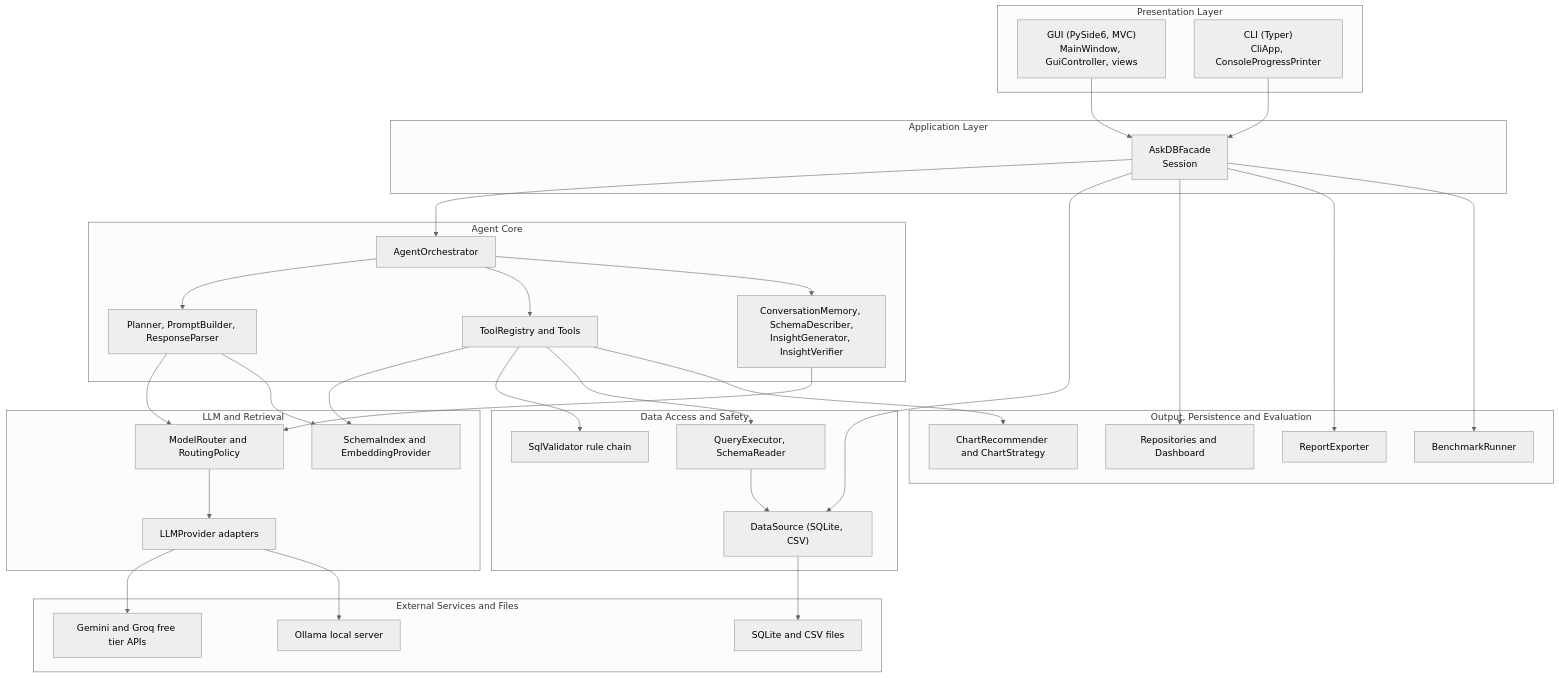
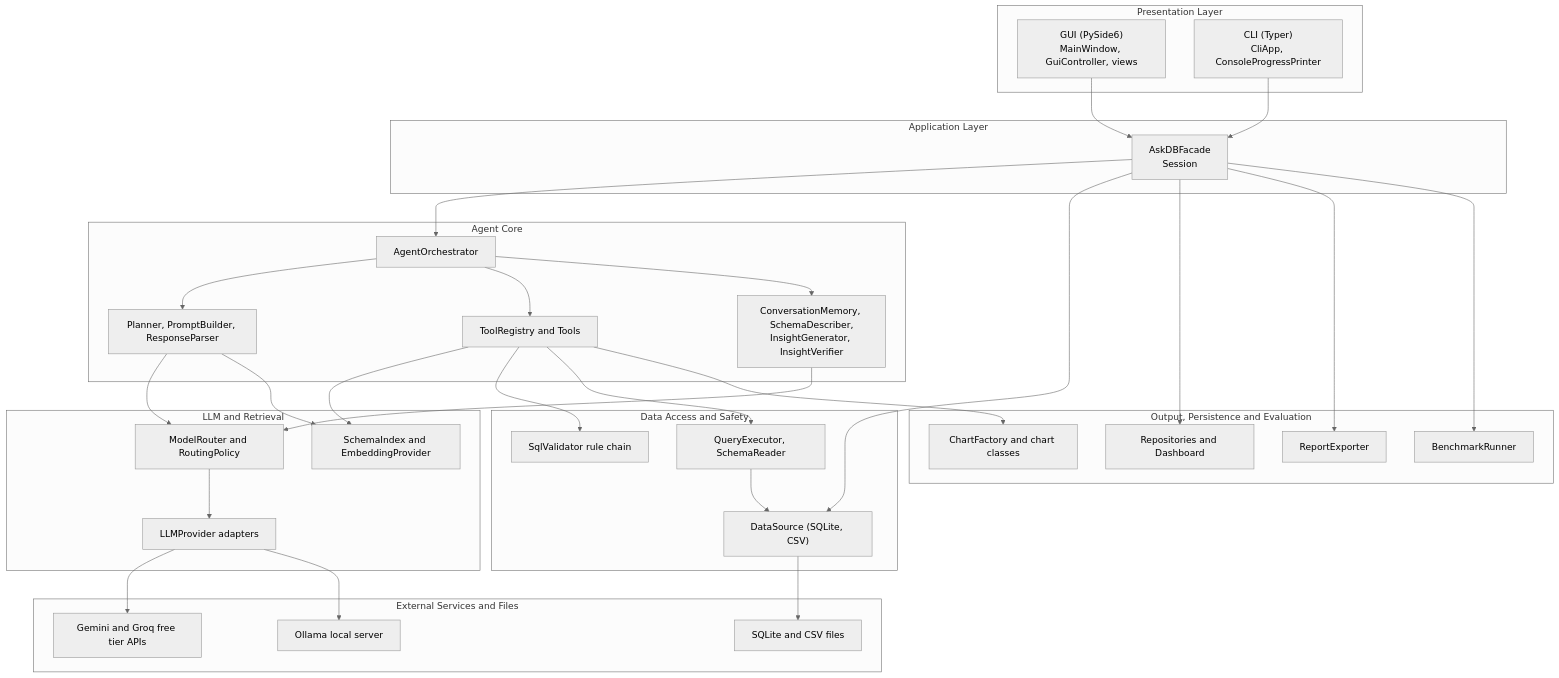
The first of 17 diagrams in docs/Stage1_Design_Report.md (krishi-shah/eecs3311-askdb), drawn with Mermaid (neutral theme) before and after one commit. The commit also changed other lines of this file, not shown here.

````diff
--- a/docs/Stage1_Design_Report.md
+++ b/docs/Stage1_Design_Report.md
@@ -92,59 +92,59 @@
 ```mermaid
 flowchart TB
     subgraph P["Presentation Layer"]
-        GUI["GUI (PySide6, MVC)<br/>MainWindow, GuiController, views"]
+        GUI["GUI (PySide6)<br/>MainWindow, GuiController, views"]
         CLI["CLI (Typer)<br/>CliApp, ConsoleProgressPrinter"]
     end
     subgraph A["Application Layer"]
         F["AskDBFacade<br/>Session"]
     end
     subgraph AG["Agent Core"]
         O["AgentOrchestrator"]
         PL["Planner, PromptBuilder, ResponseParser"]
         T["ToolRegistry and Tools"]
         M["ConversationMemory, SchemaDescriber,<br/>InsightGenerator, InsightVerifier"]
     end
     subgraph L["LLM and Retrieval"]
         R["ModelRouter and RoutingPolicy"]
         LP["LLMProvider adapters"]
         SI["SchemaIndex and EmbeddingProvider"]
     end
     subgraph D["Data Access and Safety"]
         DS["DataSource (SQLite, CSV)"]
         V["SqlValidator rule chain"]
         QE["QueryExecutor, SchemaReader"]
     end
     subgraph OUT["Output, Persistence and Evaluation"]
-        CH["ChartRecommender and ChartStrategy"]
+        CH["ChartFactory and chart classes"]
         REPO["Repositories and Dashboard"]
         EX["ReportExporter"]
         EV["BenchmarkRunner"]
     end
     subgraph EXT["External Services and Files"]
         API["Gemini and Groq free tier APIs"]
         OL["Ollama local server"]
         FILES["SQLite and CSV files"]
     end
     GUI --> F
     CLI --> F
     F --> O
     F --> DS
     F --> REPO
     F --> EX
     F --> EV
     O --> PL
     O --> T
     O --> M
     PL --> R
     PL --> SI
     M --> R
     T --> SI
     T --> V
     T --> QE
     T --> CH
     QE --> DS
     R --> LP
     LP --> API
     LP --> OL
     DS --> FILES
 ```
````
